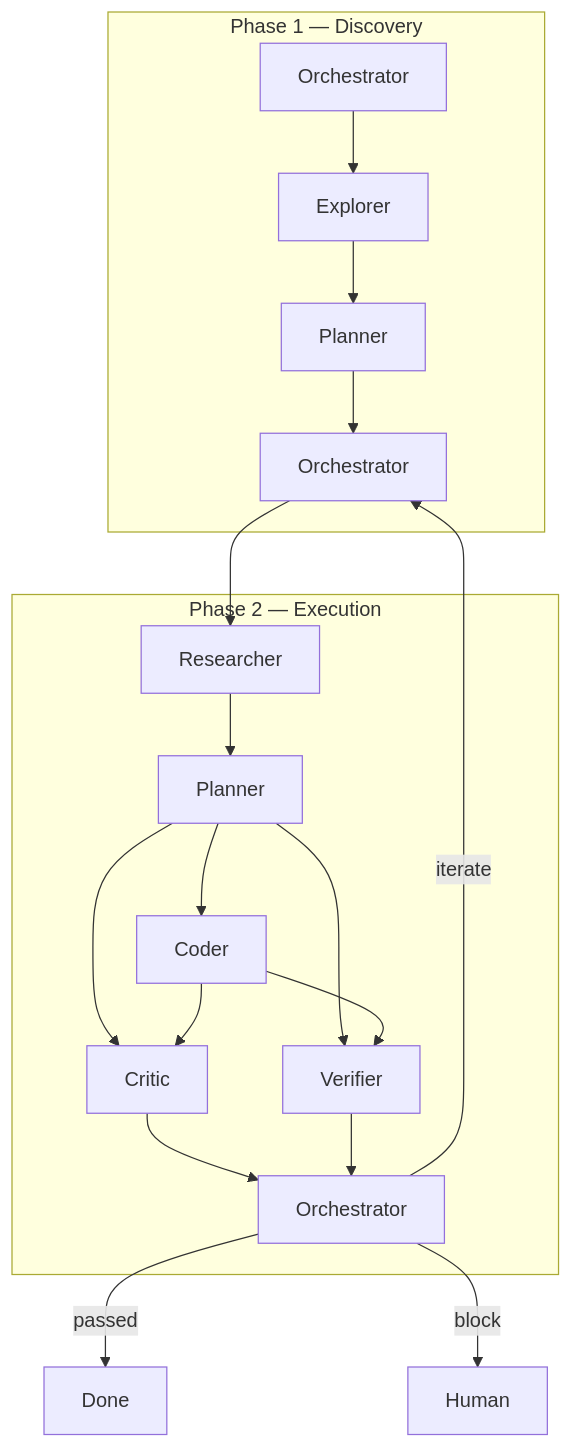
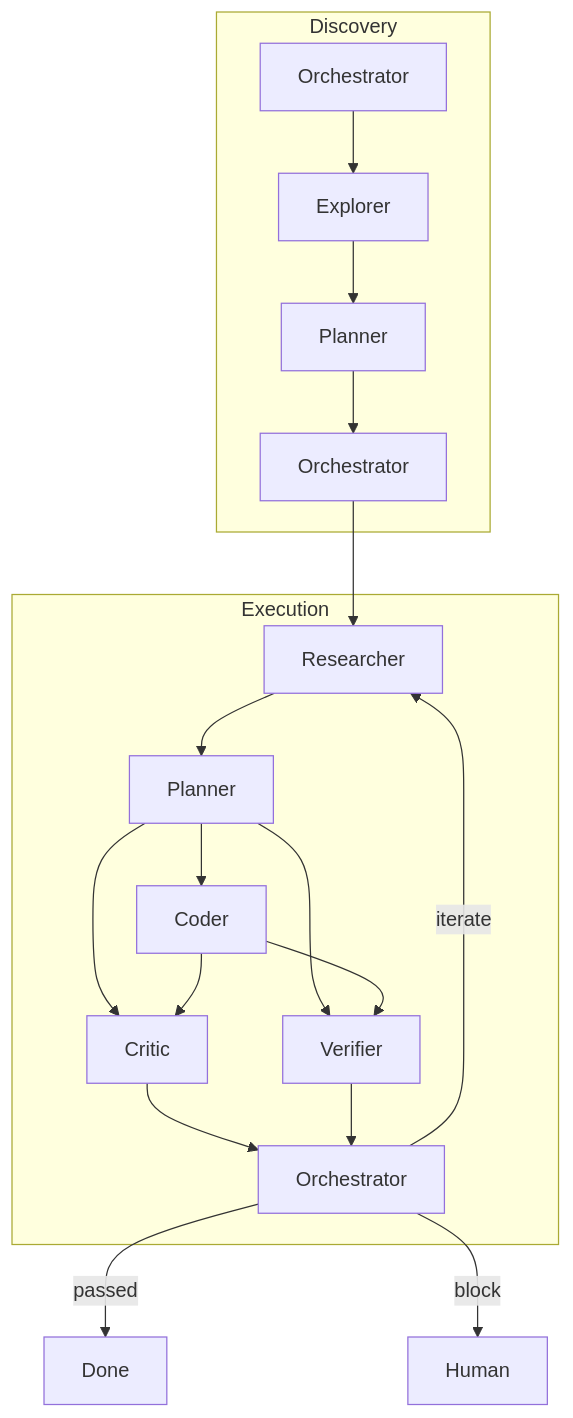
Before and after one commit to uigleki/dotfiles: the diagram in modules/nixos/souls/orchestrator.md, drawn with Mermaid.

Commit message:
fix(orchestrator): correct iterate flow and simplify diagram labels

````diff
--- a/modules/nixos/souls/orchestrator.md
+++ b/modules/nixos/souls/orchestrator.md
@@ -57,24 +57,24 @@
 ```mermaid
 graph TD
-    subgraph Phase1[Phase 1 — Discovery]
+    subgraph Discovery
         O1[Orchestrator] --> E[Explorer]
         E --> P1[Planner]
         P1 --> O2[Orchestrator]
     end
 
-    subgraph Phase2[Phase 2 — Execution]
+    subgraph Execution
         O2 --> R[Researcher]
         R --> P2[Planner]
         P2 --> C[Coder]
         P2 --> Cr[Critic]
         P2 --> V[Verifier]
         C --> Cr
         C --> V
         Cr --> O3[Orchestrator]
         V --> O3
     end
 
     O3 -->|passed| Done
     O3 -->|block| Human
-    O3 -->|iterate| O2
+    O3 -->|iterate| R
 ```
````
